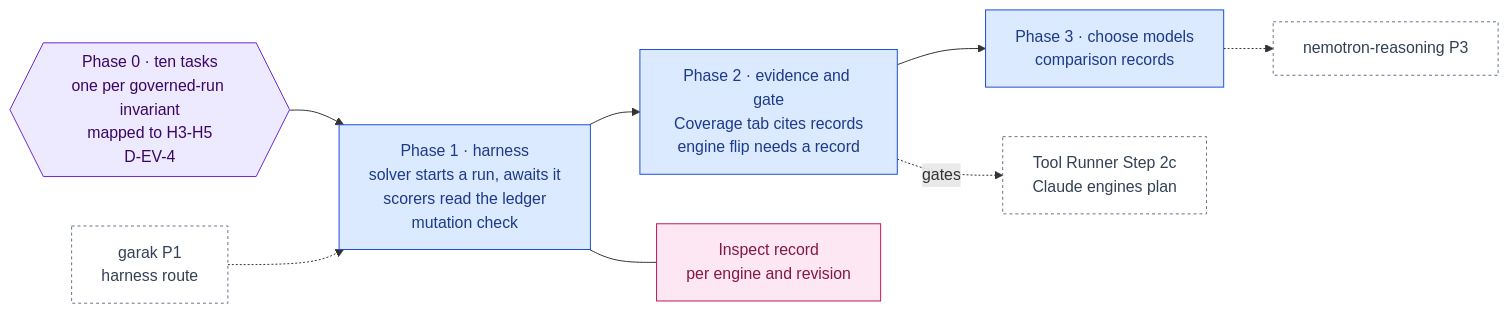
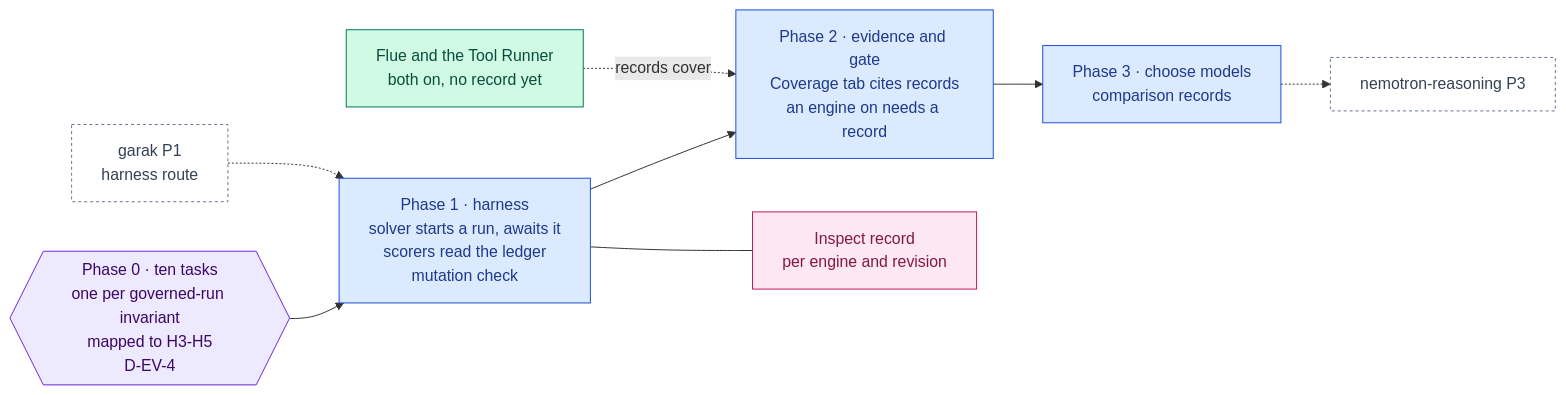
Before and after one commit to RodnaPamet/inflect-compliance: the diagram in docs/ai-architecture/inspect.md, drawn with Mermaid. The commit also changed other lines of this file and 21 other files, not shown here.

First line of the commit message:
docs(ai-architecture): the roadmap is complete without Layer 5; models through API keys

````diff
--- a/docs/ai-architecture/inspect.md
+++ b/docs/ai-architecture/inspect.md
@@ -29,23 +30,23 @@
 ```mermaid
 flowchart LR
   P0{{"Phase 0 · ten tasks<br/>one per governed-run invariant<br/>mapped to H3-H5<br/>D-EV-4"}}:::gate
   P1["Phase 1 · harness<br/>solver starts a run, awaits it<br/>scorers read the ledger<br/>mutation check"]:::todo
-  P2["Phase 2 · evidence and gate<br/>Coverage tab cites records<br/>engine flip needs a record"]:::todo
+  P2["Phase 2 · evidence and gate<br/>Coverage tab cites records<br/>an engine on needs a record"]:::todo
   P3["Phase 3 · choose models<br/>comparison records"]:::todo
   GA["garak P1<br/>harness route"]:::ext
-  TR["Tool Runner Step 2c<br/>Claude engines plan"]:::ext
+  TR["Flue and the Tool Runner<br/>both on, no record yet"]:::done
   NR["nemotron-reasoning P3"]:::ext
   REC["Inspect record<br/>per engine and revision"]:::eval
   P0 --> P1 --> P2 --> P3
   GA -.-> P1
-  P2 -.->|gates| TR
+  TR -.->|records cover| P2
   P3 -.-> NR
   P1 --- REC
 
   classDef done fill:#d1fae5,stroke:#047857,color:#064e3b
   classDef todo fill:#dbeafe,stroke:#1d4ed8,color:#1e3a8a
   classDef gate fill:#ede9fe,stroke:#6d28d9,color:#3b0764
   classDef ext fill:#ffffff,stroke:#64748b,color:#334155,stroke-dasharray:3 3
   classDef eval fill:#fce7f3,stroke:#be185d,color:#831843
   classDef declined fill:#f3f4f6,stroke:#6b7280,color:#374151,stroke-dasharray:4 3
 ```
````
